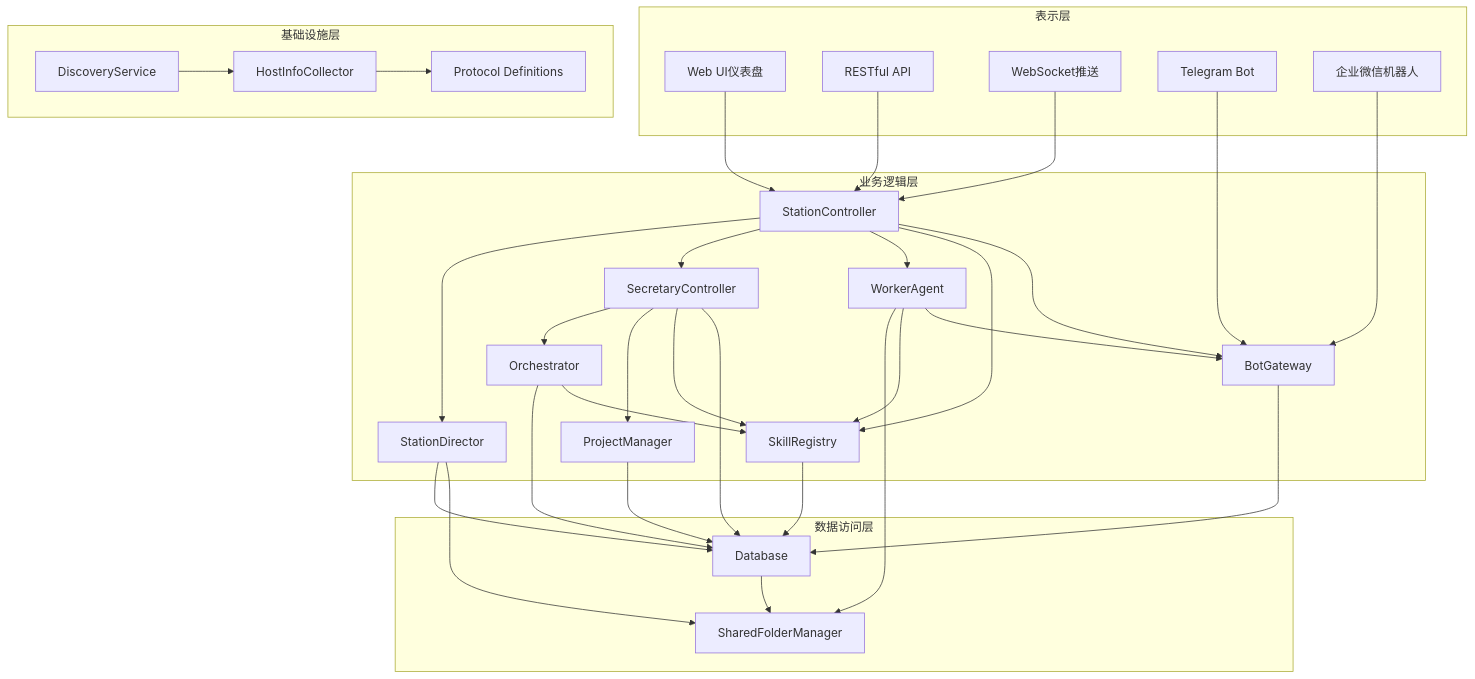
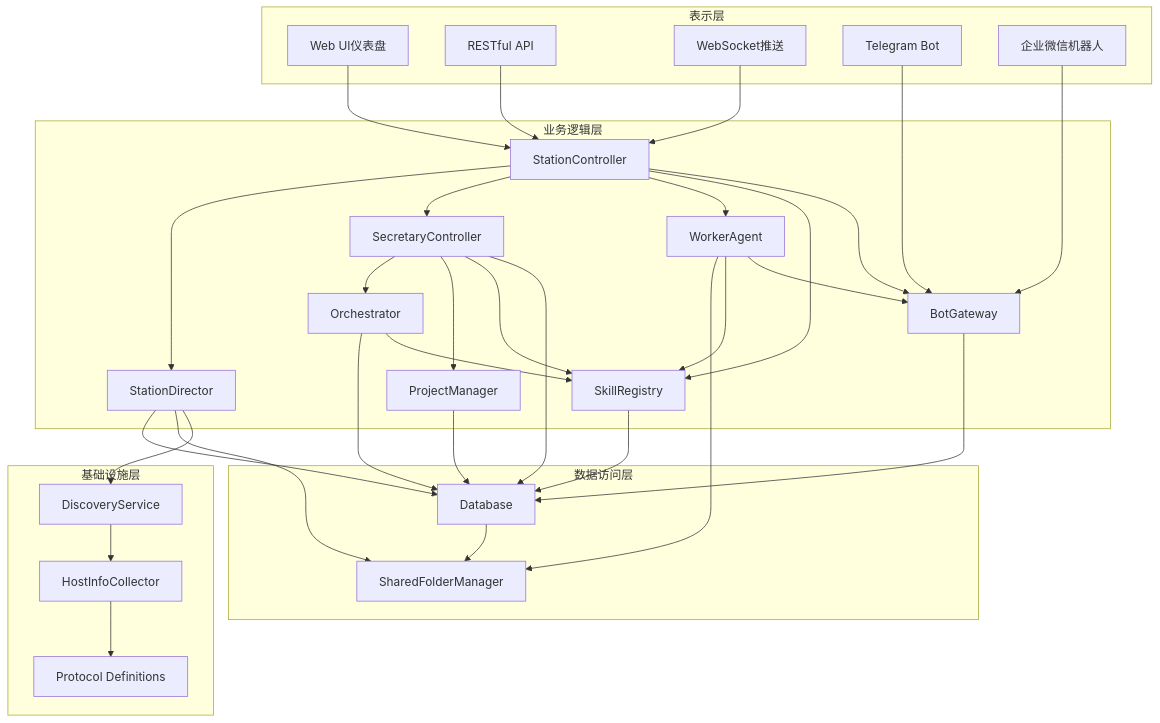
The third of 19 diagrams in .qoder/repowiki/zh/content/核心模块/工作站管理模块.md (targalian/Personal-distributed-workstation), drawn with Mermaid before and after one commit. The commit also changed other lines of this file and 81 other files, not shown here.

````diff
--- a/.qoder/repowiki/zh/content/核心模块/工作站管理模块.md
+++ b/.qoder/repowiki/zh/content/核心模块/工作站管理模块.md
@@ -300,56 +307,57 @@
 ```mermaid
 graph TB
 subgraph "表示层"
 A[Web UI仪表盘]
 B[RESTful API]
 C[WebSocket推送]
 D[Telegram Bot]
 E[企业微信机器人]
 end
 subgraph "业务逻辑层"
 F[StationController]
 G[StationDirector]
 H[SecretaryController]
 I[WorkerAgent]
 J[Orchestrator]
 K[ProjectManager]
 L[SkillRegistry]
 M[BotGateway]
 end
 subgraph "数据访问层"
 N[Database]
 O[SharedFolderManager]
 end
 subgraph "基础设施层"
 P[DiscoveryService]
 Q[HostInfoCollector]
 R[Protocol Definitions]
 end
 A --> F
 B --> F
 C --> F
 D --> M
 E --> M
 F --> G
 F --> H
 F --> I
 F --> L
 F --> M
 G --> N
 G --> O
+G --> P
 H --> J
 H --> K
 H --> L
 H --> N
 I --> O
 I --> L
 I --> M
 J --> N
 J --> L
 K --> N
 L --> N
 M --> N
 N --> O
 P --> Q
 Q --> R
 ```
````
